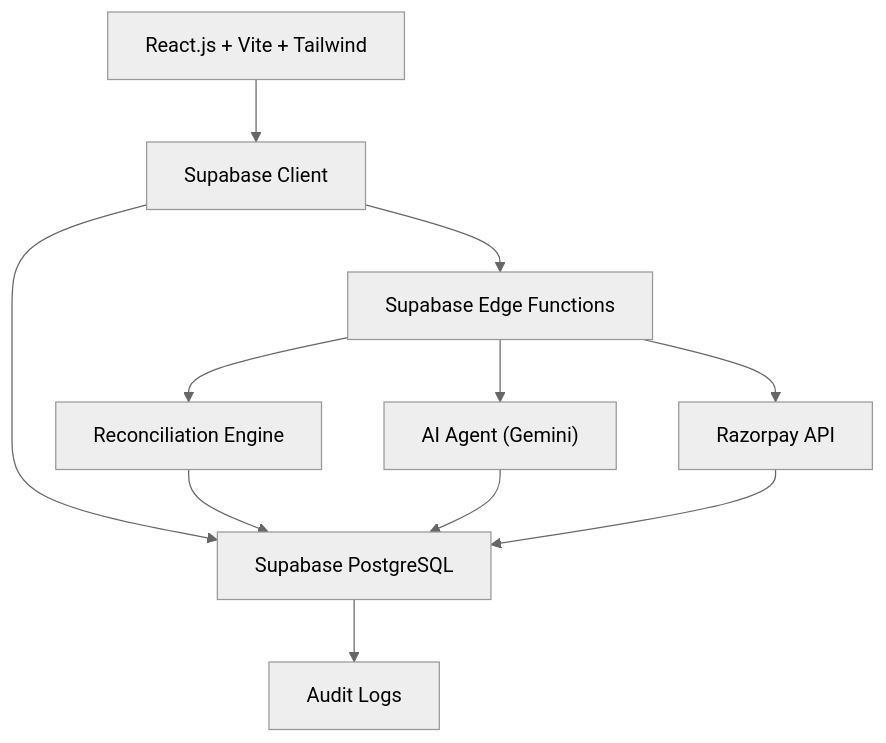
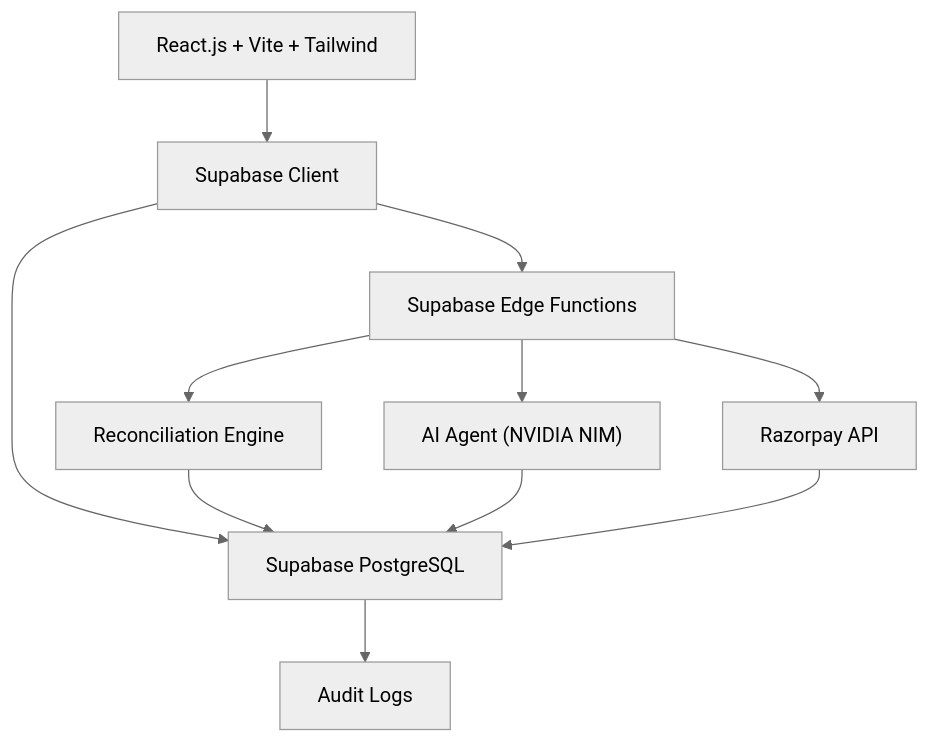
One commit to Iniyan-2005/IniRazor-AI changed the diagram in README.md. Above: the diagram before and after it, drawn with Mermaid (neutral theme). The commit also changed other lines of this file and 4 other files, not shown here.

Commit message:
feat: switch real AI provider to NVIDIA NIM

````diff
--- a/README.md
+++ b/README.md
@@ -23,13 +23,13 @@
 ```mermaid
 graph TD
     A["React.js + Vite + Tailwind"] --> B["Supabase Client"]
     B --> C["Supabase PostgreSQL"]
     B --> D["Supabase Edge Functions"]
     D --> E["Reconciliation Engine"]
-    D --> F["AI Agent (Gemini)"]
+    D --> F["AI Agent (NVIDIA NIM)"]
     D --> G["Razorpay API"]
     E --> C
     F --> C
     G --> C
     C --> H["Audit Logs"]
 ```
````
